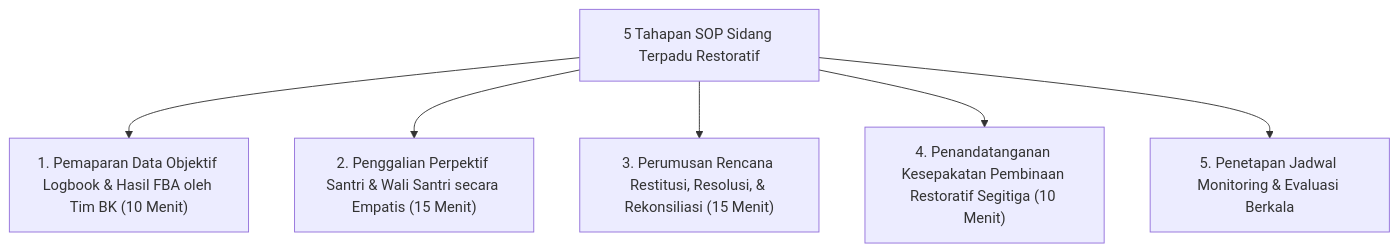
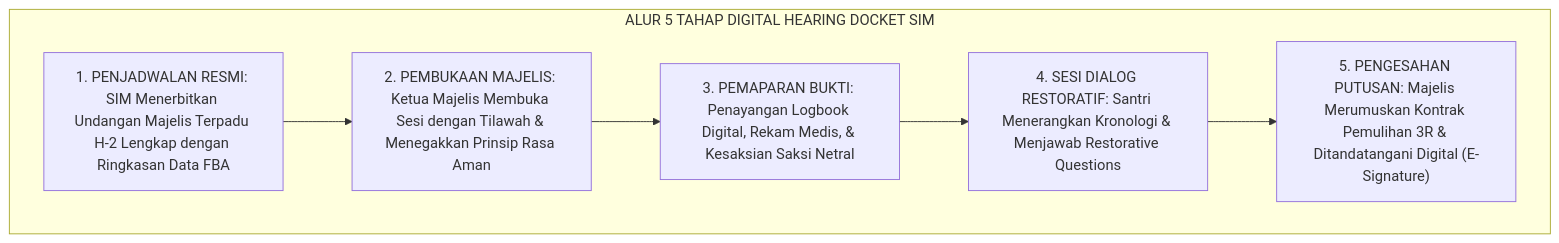
One commit to wandiapriliyandi/tumbuh changed the fourth of 5 diagrams in 06 Intervention Framework/03 Decision Rules/P6-03-03-SOP-Sidang-Terpadu-Kesiswaan-dan-Pengasuhan.md. Above: the diagram before and after it, drawn with Mermaid. The commit also changed other lines of this file and 5 other files, not shown here.

````diff
--- a/06 Intervention Framework/03 Decision Rules/P6-03-03-SOP-Sidang-Terpadu-Kesiswaan-dan-Pengasuhan.md
+++ b/06 Intervention Framework/03 Decision Rules/P6-03-03-SOP-Sidang-Terpadu-Kesiswaan-dan-Pengasuhan.md
@@ -14,9 +115,12 @@
 ```mermaid
-graph TD
-    CouncilSOP["5 Tahapan SOP Sidang Terpadu Restoratif"]
-    CouncilSOP --> Step1["1. Pemaparan Data Objektif Logbook & Hasil FBA oleh Tim BK (10 Menit)"]
-    CouncilSOP --> Step2["2. Penggalian Perpektif Santri & Wali Santri secara Empatis (15 Menit)"]
-    CouncilSOP --> Step3["3. Perumusan Rencana Restitusi, Resolusi, & Rekonsiliasi (15 Menit)"]
-    CouncilSOP --> Step4["4. Penandatanganan Kesepakatan Pembinaan Restoratif Segitiga (10 Menit)"]
-    CouncilSOP --> Step5["5. Penetapan Jadwal Monitoring & Evaluasi Berkala"]
+flowchart TD
+    subgraph AlurSidangTerpaduSIM["ALUR 5 TAHAP DIGITAL HEARING DOCKET SIM"]
+        TerbitUndanganSidang["1. PENJADWALAN RESMI: SIM Menerbitkan Undangan Majelis Terpadu H-2 Lengkap dengan Ringkasan Data FBA"]
+        PembukaanTabayyun["2. PEMBUKAAN MAJELIS: Ketua Majelis Membuka Sesi dengan Tilawah & Menegakkan Prinsip Rasa Aman"]
+        PemaparanTriangulasiData["3. PEMAPARAN BUKTI: Penayangan Logbook Digital, Rekam Medis, & Kesaksian Saksi Netral"]
+        MendengarSuaraSantri["4. SESI DIALOG RESTORATIF: Santri Menerangkan Kronologi & Menjawab Restorative Questions"]
+        MusyawarahDanEAgreement["5. PENGESAHAN PUTUSAN: Majelis Merumuskan Kontrak Pemulihan 3R & Ditandatangani Digital (E-Signature)"]
+        
+        TerbitUndanganSidang --> PembukaanTabayyun --> PemaparanTriangulasiData --> MendengarSuaraSantri --> MusyawarahDanEAgreement
+    end
 ```
````
